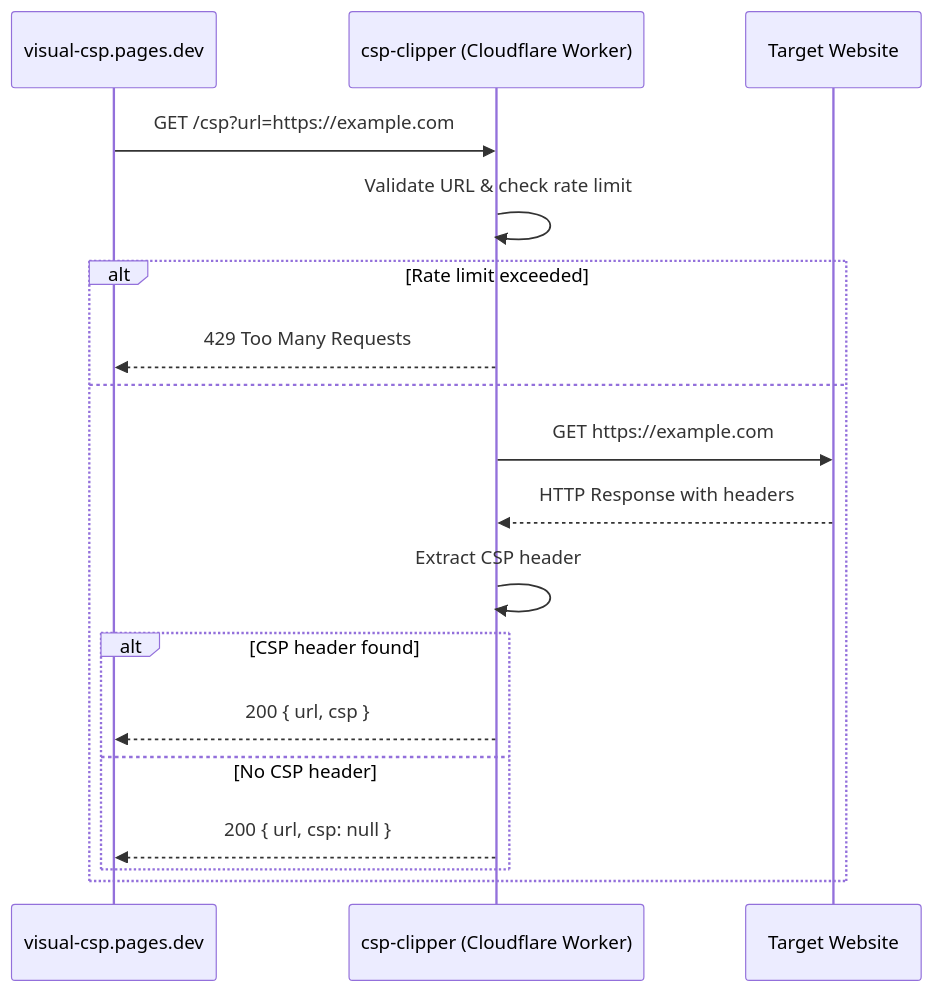
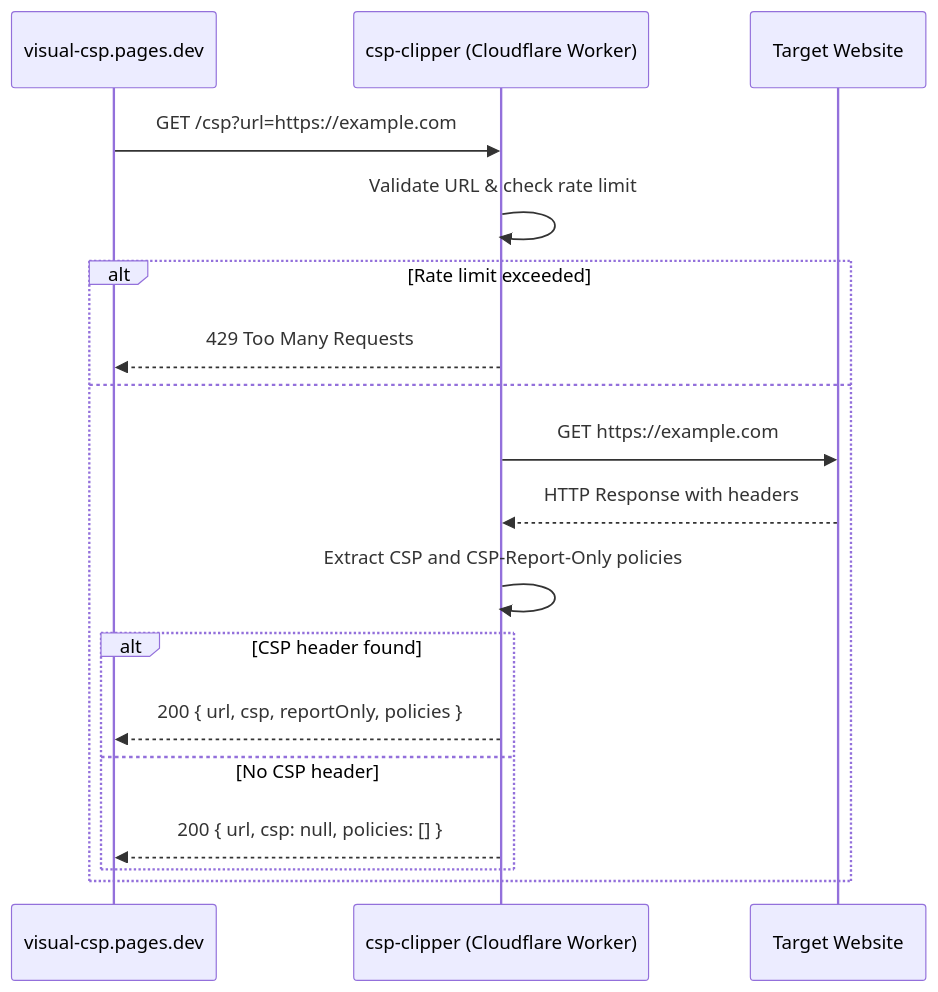
Before and after one commit to teles/csp-clipper: the diagram in README.md, drawn with Mermaid. The commit also changed other lines of this file and 4 other files, not shown here.

First line of the commit message:
feat(api): return every policy and flag report-only ones

````diff
--- a/README.md
+++ b/README.md
@@ -7,21 +7,21 @@
 ```mermaid
 sequenceDiagram
     participant User as visual-csp.pages.dev
     participant Worker as csp-clipper (Cloudflare Worker)
     participant Target as Target Website
 
     User->>Worker: GET /csp?url=https://example.com
     Worker->>Worker: Validate URL & check rate limit
     alt Rate limit exceeded
         Worker-->>User: 429 Too Many Requests
     else
         Worker->>Target: GET https://example.com
         Target-->>Worker: HTTP Response with headers
-        Worker->>Worker: Extract CSP header
+        Worker->>Worker: Extract CSP and CSP-Report-Only policies
         alt CSP header found
-            Worker-->>User: 200 { url, csp }
+            Worker-->>User: 200 { url, csp, reportOnly, policies }
         else No CSP header
-            Worker-->>User: 200 { url, csp: null }
+            Worker-->>User: 200 { url, csp: null, policies: [] }
         end
     end
 ```
````
